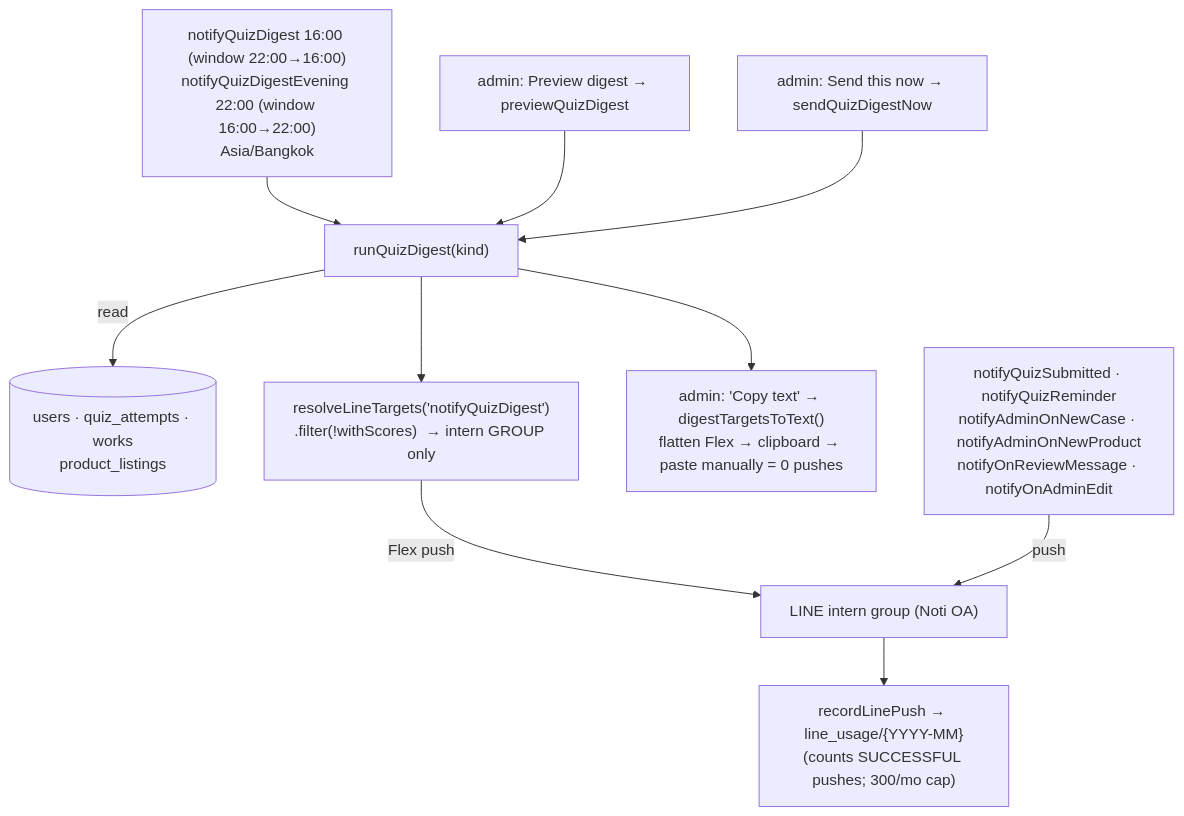
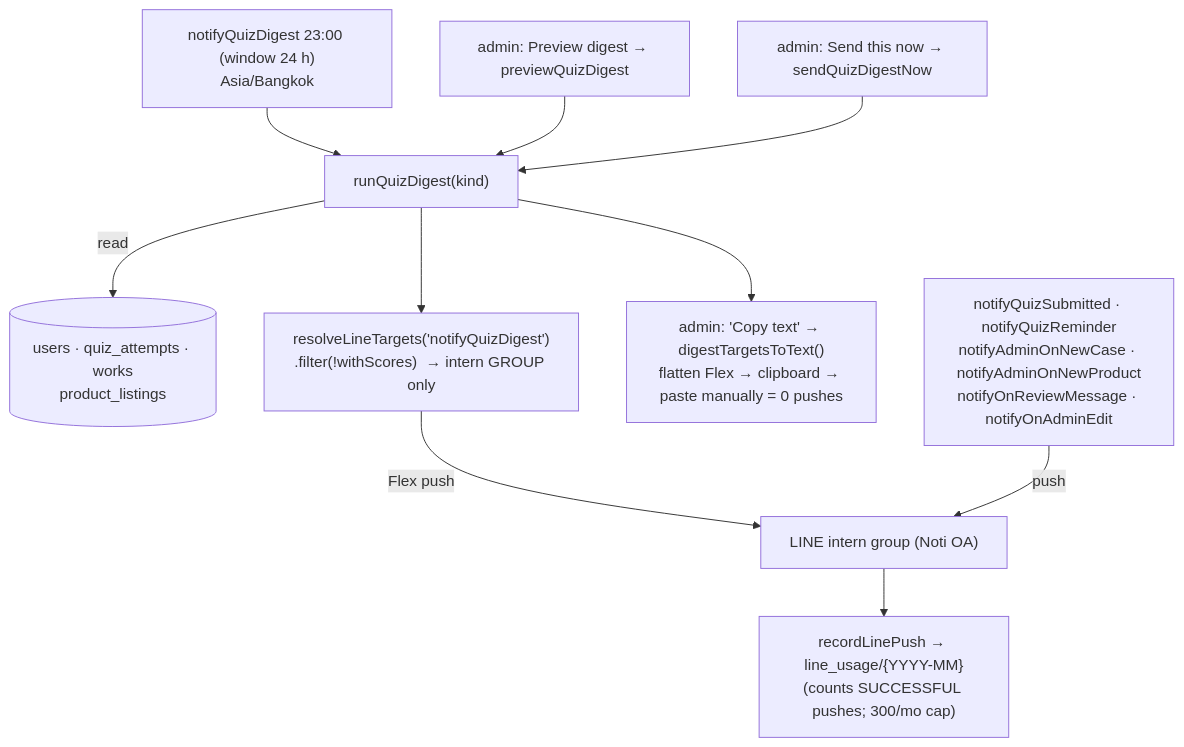
One commit to mlpditto/INTERN-PORT changed the fifth of 6 diagrams in docs/ARCHITECTURE.md. Above: the diagram before and after it, drawn with Mermaid. The commit also changed other lines of this file and 11 other files, not shown here.

````diff
--- a/docs/ARCHITECTURE.md
+++ b/docs/ARCHITECTURE.md
@@ -213,14 +213,14 @@
 ```mermaid
 flowchart TB
-    cron["notifyQuizDigest 16:00 (window 22:00→16:00)<br/>notifyQuizDigestEvening 22:00 (window 16:00→22:00)<br/>Asia/Bangkok"] --> run
+    cron["notifyQuizDigest 23:00 (window 24 h)<br/>Asia/Bangkok"] --> run
     manualP["admin: Preview digest → previewQuizDigest"] --> run
     manualS["admin: Send this now → sendQuizDigestNow"] --> run
     run["runQuizDigest(kind)"]
     run -->|read| src[("users · quiz_attempts · works<br/>product_listings")]
     run --> targets["resolveLineTargets('notifyQuizDigest')<br/>.filter(!withScores)  → intern GROUP only"]
     targets -->|Flex push| grp["LINE intern group (Noti OA)"]
     grp --> rec["recordLinePush → line_usage/{YYYY-MM}<br/>(counts SUCCESSFUL pushes; 300/mo cap)"]
     run --> copy["admin: 'Copy text' → digestTargetsToText()<br/>flatten Flex → clipboard → paste manually = 0 pushes"]
 
     other["notifyQuizSubmitted · notifyQuizReminder<br/>notifyAdminOnNewCase · notifyAdminOnNewProduct<br/>notifyOnReviewMessage · notifyOnAdminEdit"] -->|push| grp
 ```
````
